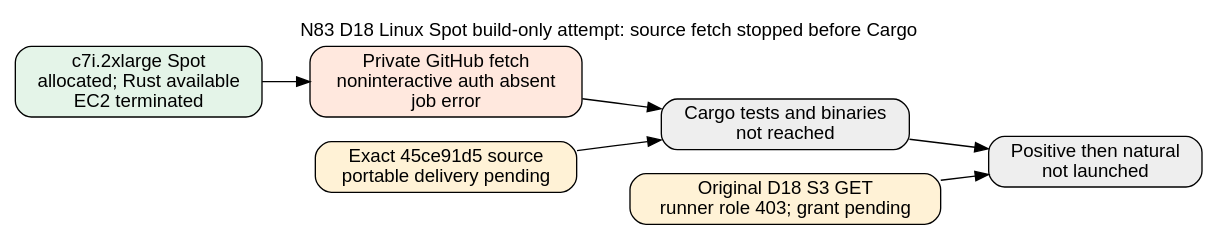
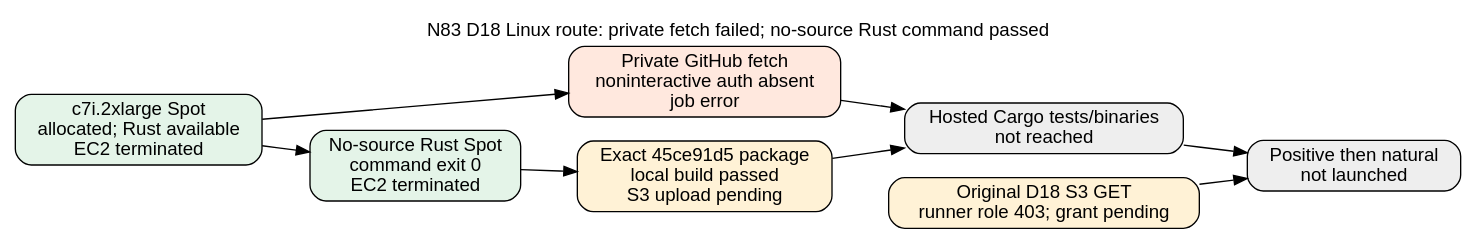
One commit to isogeny-labs/crypto changed the diagram in research/koblitz_n83_factor_base_sweep_20261008/verification/d18-full-orbit-20261025/native-cadence-replay-20261026/linux-build-smoke-20261026/SOURCE_GATE.dot. Above: the diagram before and after it, drawn with Graphviz. The commit also changed 20 other files, not shown here.

Commit message:
Prepare exact N83 Spot source delivery and narrow read proposal

```diff
--- a/research/koblitz_n83_factor_base_sweep_20261008/verification/d18-full-orbit-20261025/native-cadence-replay-20261026/linux-build-smoke-20261026/SOURCE_GATE.dot
+++ b/research/koblitz_n83_factor_base_sweep_20261008/verification/d18-full-orbit-20261025/native-cadence-replay-20261026/linux-build-smoke-20261026/SOURCE_GATE.dot
@@ -1,13 +1,15 @@
 digraph source_gate {
-  graph [rankdir=LR, fontname="Helvetica", label="N83 D18 Linux Spot build-only attempt: source fetch stopped before Cargo", labelloc=t];
+  graph [rankdir=LR, fontname="Helvetica", label="N83 D18 Linux route: private fetch failed; no-source Rust command passed", labelloc=t];
   node [shape=box, style="rounded,filled", fontname="Helvetica", fillcolor="#e8f2ff"];
   spot [label="c7i.2xlarge Spot\nallocated; Rust available\nEC2 terminated", fillcolor="#e4f4e8"];
   fetch [label="Private GitHub fetch\nnoninteractive auth absent\njob error", fillcolor="#ffe8de"];
-  build [label="Cargo tests and binaries\nnot reached", fillcolor="#eeeeee"];
-  source [label="Exact 45ce91d5 source\nportable delivery pending", fillcolor="#fff2d6"];
+  build [label="Hosted Cargo tests/binaries\nnot reached", fillcolor="#eeeeee"];
+  source [label="Exact 45ce91d5 package\nlocal build passed\nS3 upload pending", fillcolor="#fff2d6"];
+  nosource [label="No-source Rust Spot\ncommand exit 0\nEC2 terminated", fillcolor="#e4f4e8"];
   input [label="Original D18 S3 GET\nrunner role 403; grant pending", fillcolor="#fff2d6"];
   arm [label="Positive then natural\nnot launched", fillcolor="#eeeeee"];
   spot -> fetch -> build -> arm;
+  spot -> nosource -> source;
   source -> build;
   input -> arm;
 }
```
